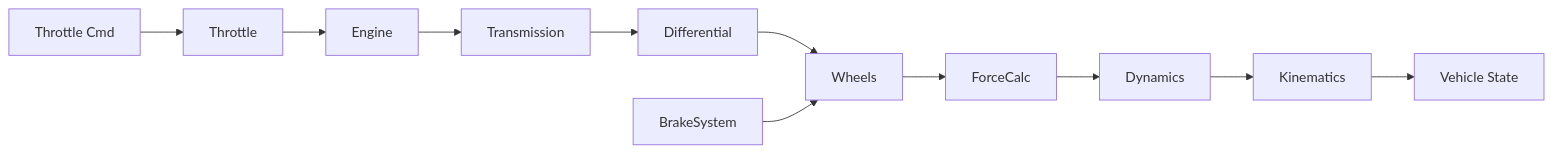
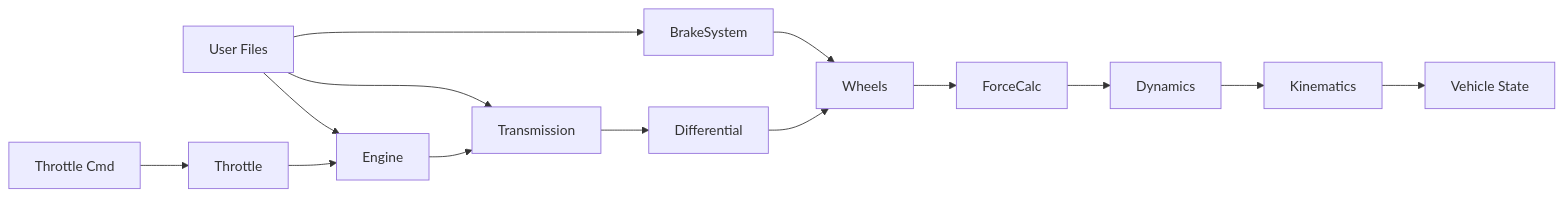
Diagram 11 of 27 in README.md (MelkorBalrog/VDSS---Vehicle-Dynamics-Safety-Simulator), drawn with Mermaid before and after one commit. The commit also changed other lines of this file, not shown here.

Commit message:
Document configuration files and update diagrams

````diff
--- a/README.md
+++ b/README.md
@@ -329,13 +349,17 @@
 ```mermaid
 flowchart LR
+  ConfigFiles["User Files"]
   throttleCmd[Throttle Cmd] --> Throttle
   Throttle --> Engine
+  ConfigFiles --> Engine
+  ConfigFiles --> Transmission
+  ConfigFiles --> BrakeSystem
   Engine --> Transmission
   Transmission --> Differential
   Differential --> Wheels
   BrakeSystem --> Wheels
   Wheels --> ForceCalc
   ForceCalc --> Dynamics
   Dynamics --> Kinematics
   Kinematics --> VehicleState[Vehicle State]
 ```
````
